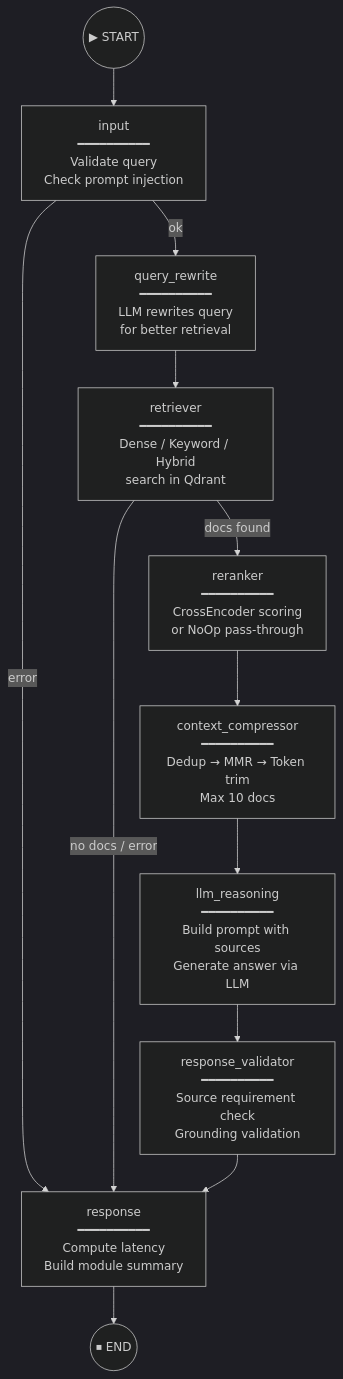
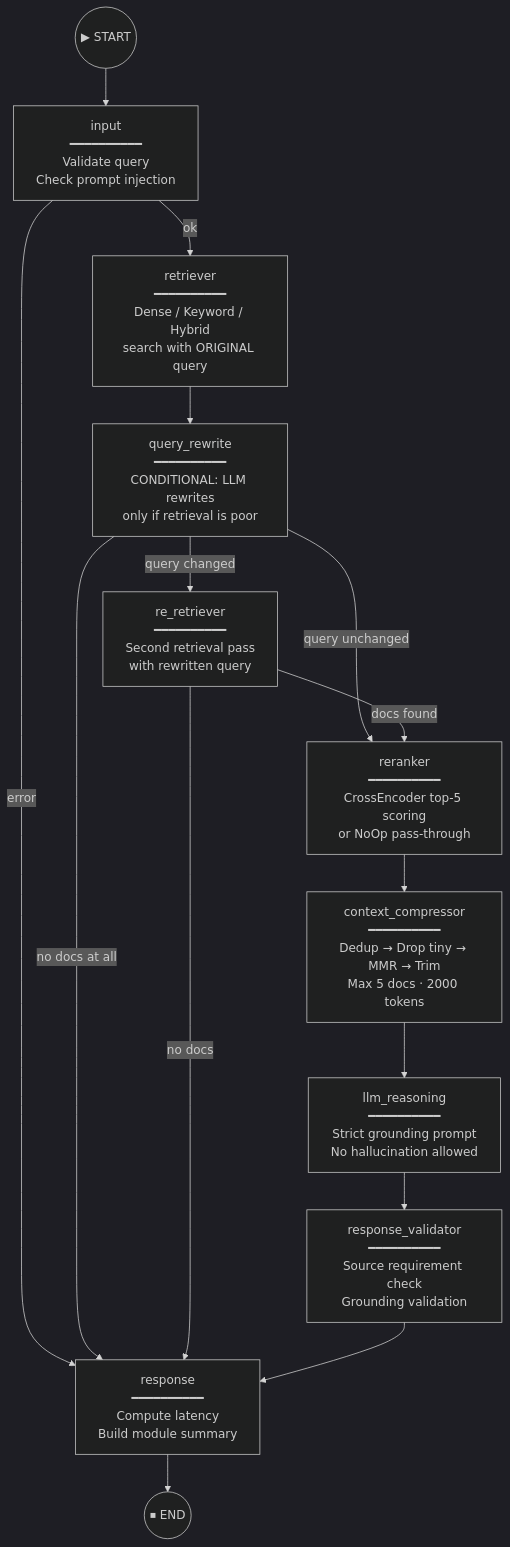
The fourth of 10 diagrams in docs/architecture.md (Jithendhar18/bookstack-rag-agent), drawn with Mermaid (dark theme) before and after one commit. The commit also changed other lines of this file and 14 other files, not shown here.

First line of the commit message:
Refactor backend configuration, enhance architecture documentation, and add demo preparation guide

````diff
--- a/docs/architecture.md
+++ b/docs/architecture.md
@@ -202,30 +206,35 @@
 ```mermaid
 graph TD
     START(("▶ START"))
     INPUT["input<br/>━━━━━━━━━━<br/>Validate query<br/>Check prompt injection"]
-    QR["query_rewrite<br/>━━━━━━━━━━<br/>LLM rewrites query<br/>for better retrieval"]
-    RET["retriever<br/>━━━━━━━━━━<br/>Dense / Keyword / Hybrid<br/>search in Qdrant"]
-    RR["reranker<br/>━━━━━━━━━━<br/>CrossEncoder scoring<br/>or NoOp pass-through"]
-    CC["context_compressor<br/>━━━━━━━━━━<br/>Dedup → MMR → Token trim<br/>Max 10 docs"]
-    LLM["llm_reasoning<br/>━━━━━━━━━━<br/>Build prompt with sources<br/>Generate answer via LLM"]
+    RET["retriever<br/>━━━━━━━━━━<br/>Dense / Keyword / Hybrid<br/>search with ORIGINAL query"]
+    QR["query_rewrite<br/>━━━━━━━━━━<br/>CONDITIONAL: LLM rewrites<br/>only if retrieval is poor"]
+    RERET["re_retriever<br/>━━━━━━━━━━<br/>Second retrieval pass<br/>with rewritten query"]
+    RR["reranker<br/>━━━━━━━━━━<br/>CrossEncoder top-5 scoring<br/>or NoOp pass-through"]
+    CC["context_compressor<br/>━━━━━━━━━━<br/>Dedup → Drop tiny → MMR → Trim<br/>Max 5 docs · 2000 tokens"]
+    LLM["llm_reasoning<br/>━━━━━━━━━━<br/>Strict grounding prompt<br/>No hallucination allowed"]
     RV["response_validator<br/>━━━━━━━━━━<br/>Source requirement check<br/>Grounding validation"]
     RESP["response<br/>━━━━━━━━━━<br/>Compute latency<br/>Build module summary"]
     END(("⏹ END"))
 
     START --> INPUT
 
     INPUT -->|"error"| RESP
-    INPUT -->|"ok"| QR
+    INPUT -->|"ok"| RET
 
-    QR --> RET
+    RET --> QR
 
-    RET -->|"no docs / error"| RESP
-    RET -->|"docs found"| RR
+    QR -->|"query changed"| RERET
+    QR -->|"query unchanged"| RR
+    QR -->|"no docs at all"| RESP
+
+    RERET -->|"docs found"| RR
+    RERET -->|"no docs"| RESP
 
     RR --> CC
     CC --> LLM
     LLM --> RV
     RV --> RESP
 
     RESP --> END
 ```
````
